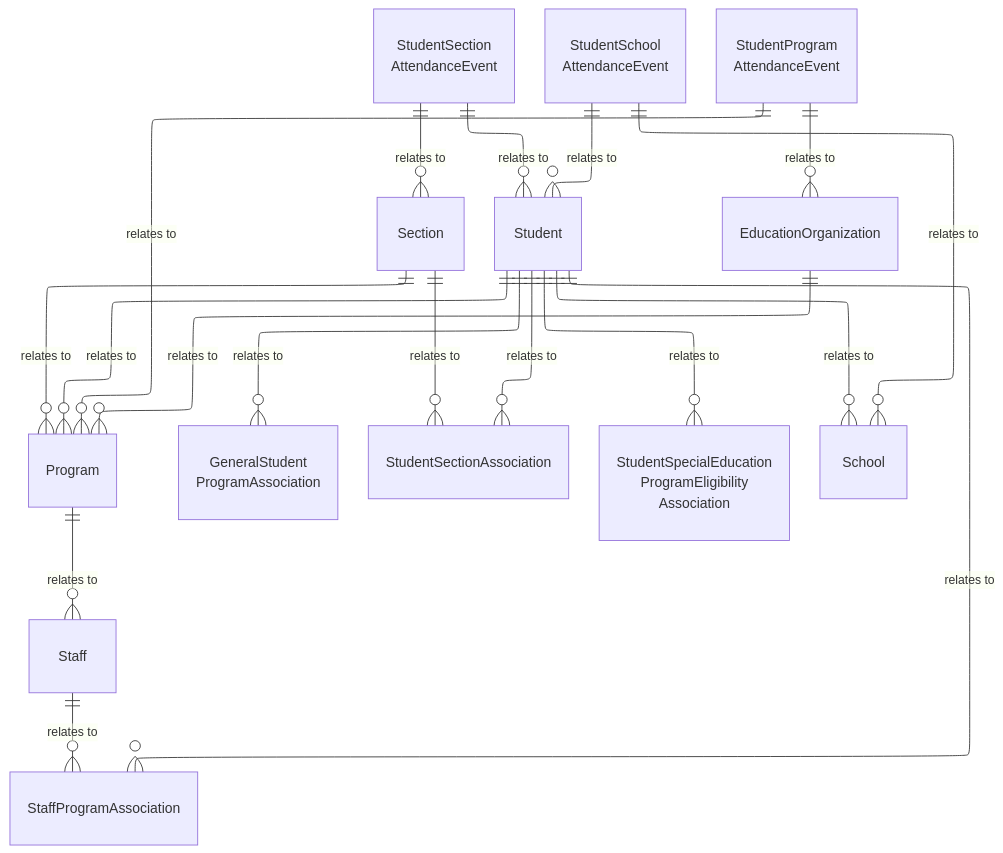
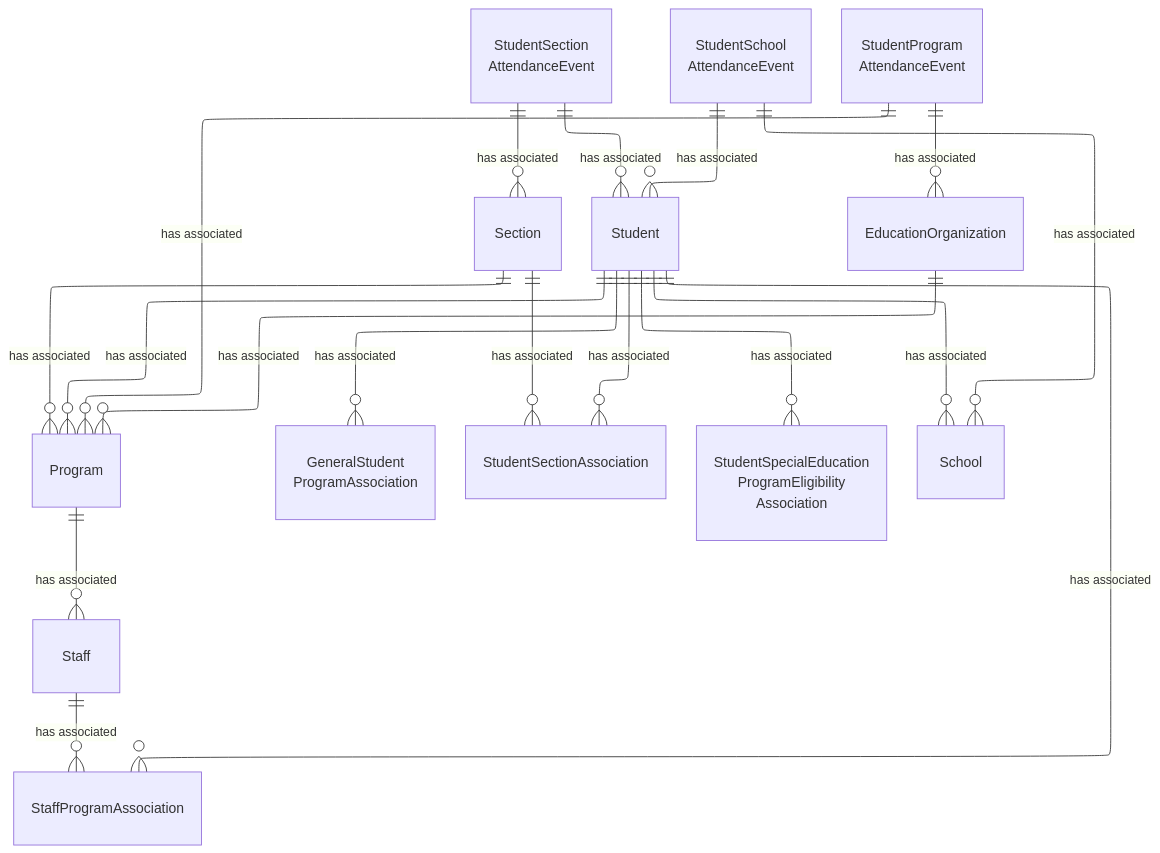
The first of 2 diagrams in dataStandard_versioned_docs/version-6/model-reference/alternative-and-supplemental-services-domain/model-diagrams.md (Ed-Fi-Alliance-OSS/ed-fi-alliance-oss.github.io), drawn with Mermaid before and after one commit. The commit also changed other lines of this file and 24 other files, not shown here.

````diff
--- a/dataStandard_versioned_docs/version-6/model-reference/alternative-and-supplemental-services-domain/model-diagrams.md
+++ b/dataStandard_versioned_docs/version-6/model-reference/alternative-and-supplemental-services-domain/model-diagrams.md
@@ -13,50 +13,50 @@
 ```mermaid
 ---
 config:
   layout: elk
 ---
 erDiagram
     Program {
     }
     Staff {
     }
     GeneralStudentProgramAssociation["GeneralStudent<br/>ProgramAssociation"]  {
     }
     StaffProgramAssociation {
     }
     Section {
     }
     StudentSectionAssociation {
     }
     Student {
     }
     EducationOrganization {
     }
     StudentSectionAttendanceEvent["StudentSection<br/>AttendanceEvent"] {
     }
     StudentSchoolAttendanceEvent["StudentSchool<br/>AttendanceEvent"] {
     }
     StudentProgramAttendanceEvent["StudentProgram<br/>AttendanceEvent"] {
     }
     StudentSpecialEducationProgramEligibilityAssociation["StudentSpecialEducation<br/>ProgramEligibility<br/>Association"] {
     }
     School {
     }
-    EducationOrganization ||--o{ Program : "relates to"
-    Student ||--o{ Program : "relates to"
-    Program ||--o{ Staff : "relates to"
-    Section ||--o{ Program : "relates to"
-    Student ||--o{ School : "relates to"
-    Student ||--o{ GeneralStudentProgramAssociation : "relates to"
-    Student ||--o{ StaffProgramAssociation : "relates to"
-    Staff ||--o{ StaffProgramAssociation : "relates to"
-    Student ||--o{ StudentSectionAssociation : "relates to"
-    Section ||--o{ StudentSectionAssociation : "relates to"
-    Student ||--o{ StudentSpecialEducationProgramEligibilityAssociation : "relates to"
-    StudentSectionAttendanceEvent ||--o{ Student : "relates to"
-    StudentSectionAttendanceEvent ||--o{ Section : "relates to"
-    StudentSchoolAttendanceEvent ||--o{ School : "relates to"
-    StudentSchoolAttendanceEvent ||--o{ Student : "relates to"
-    StudentProgramAttendanceEvent ||--o{ EducationOrganization : "relates to"
-    StudentProgramAttendanceEvent ||--o{ Program : "relates to"
+    EducationOrganization ||--o{ Program : "has associated"
+    Student ||--o{ Program : "has associated"
+    Program ||--o{ Staff : "has associated"
+    Section ||--o{ Program : "has associated"
+    Student ||--o{ School : "has associated"
+    Student ||--o{ GeneralStudentProgramAssociation : "has associated"
+    Student ||--o{ StaffProgramAssociation : "has associated"
+    Staff ||--o{ StaffProgramAssociation : "has associated"
+    Student ||--o{ StudentSectionAssociation : "has associated"
+    Section ||--o{ StudentSectionAssociation : "has associated"
+    Student ||--o{ StudentSpecialEducationProgramEligibilityAssociation : "has associated"
+    StudentSectionAttendanceEvent ||--o{ Student : "has associated"
+    StudentSectionAttendanceEvent ||--o{ Section : "has associated"
+    StudentSchoolAttendanceEvent ||--o{ School : "has associated"
+    StudentSchoolAttendanceEvent ||--o{ Student : "has associated"
+    StudentProgramAttendanceEvent ||--o{ EducationOrganization : "has associated"
+    StudentProgramAttendanceEvent ||--o{ Program : "has associated"
 ```
````
